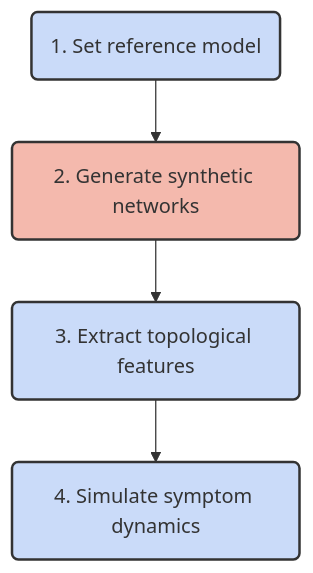
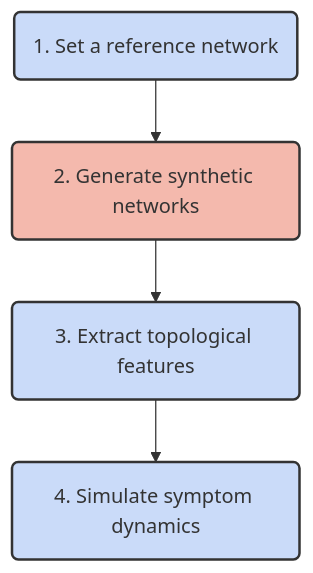
Before and after one commit to KyuriP/RoleFeedack: the second of 4 diagrams in presentation/feedback_role.qmd, drawn with Mermaid. The commit also changed other lines of this file and 19 other files, not shown here.

````diff
--- a/presentation/feedback_role.qmd
+++ b/presentation/feedback_role.qmd
@@ -136,15 +135,15 @@
 ```{mermaid}
 
 flowchart TD
-        A(1. Set reference model) --> B(2. Generate synthetic networks)
+        A(1. Set a reference network) --> B(2. Generate synthetic networks)
         B --> C(3. Extract topological features)
         C --> D(4. Simulate symptom dynamics)
 
     %% Apply different colors to each node
     style A fill:#CADBF9,stroke:#333,stroke-width:2px;
     style B fill:#F4B9AD,stroke:#333,stroke-width:2px;  
     style C fill:#CADBF9,stroke:#333,stroke-width:2px;  
     style D fill:#CADBF9,stroke:#333,stroke-width:2px;  
 
 
 ```
````
